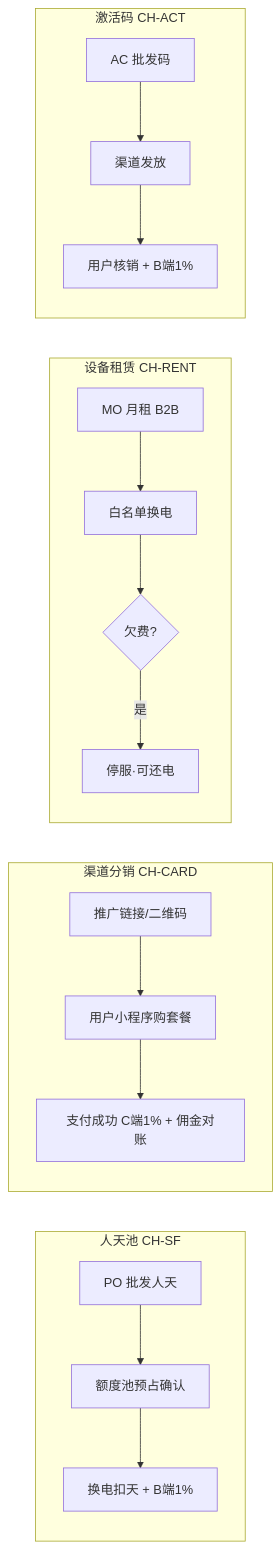
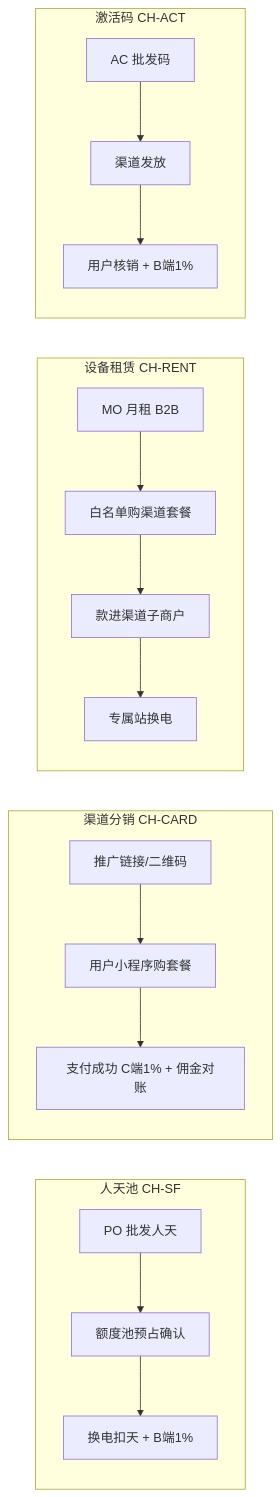
One commit to liudali/rider-swap-operator-prototype changed diagram 18 of 18 in docs/documentation/md/功能结构与业务流程.md. Above: the diagram before and after it, drawn with Mermaid. The commit also changed other lines of this file and 60 other files, not shown here.

````diff
--- a/docs/documentation/md/功能结构与业务流程.md
+++ b/docs/documentation/md/功能结构与业务流程.md
@@ -580,20 +602,20 @@
 ```mermaid
 flowchart LR
   subgraph day [人天池 CH-SF]
     D1[PO 批发人天] --> D2[额度池预占确认]
     D2 --> D3[换电扣天 + B端1%]
   end
   subgraph dist [渠道分销 CH-CARD]
     C1[推广链接/二维码] --> C2[用户小程序购套餐]
     C2 --> C3[支付成功 C端1% + 佣金对账]
   end
   subgraph lease [设备租赁 CH-RENT]
-    L1[MO 月租 B2B] --> L2[白名单换电]
-    L2 --> L3{欠费?}
-    L3 -->|是| L4[停服·可还电]
+    L1[MO 月租 B2B] --> L2[白名单购渠道套餐]
+    L2 --> L3[款进渠道子商户]
+    L3 --> L4[专属站换电]
   end
   subgraph act [激活码 CH-ACT]
     A1[AC 批发码] --> A2[渠道发放]
     A2 --> A3[用户核销 + B端1%]
   end
 ```
````
